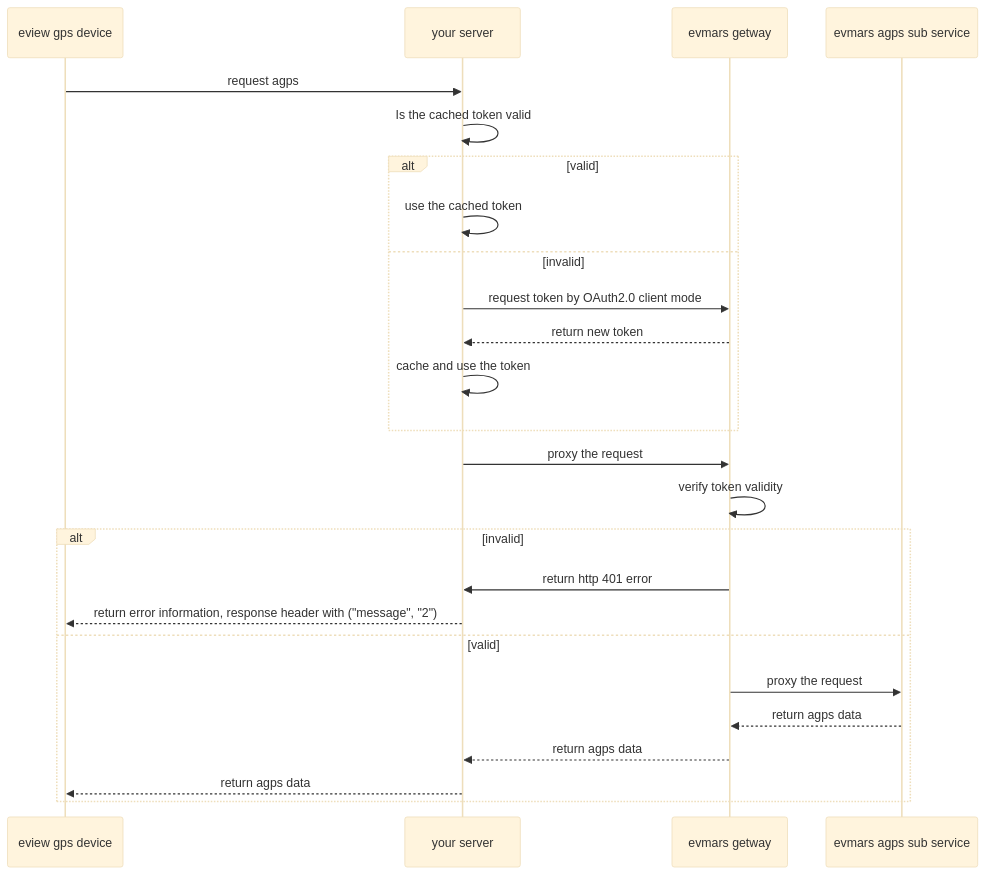
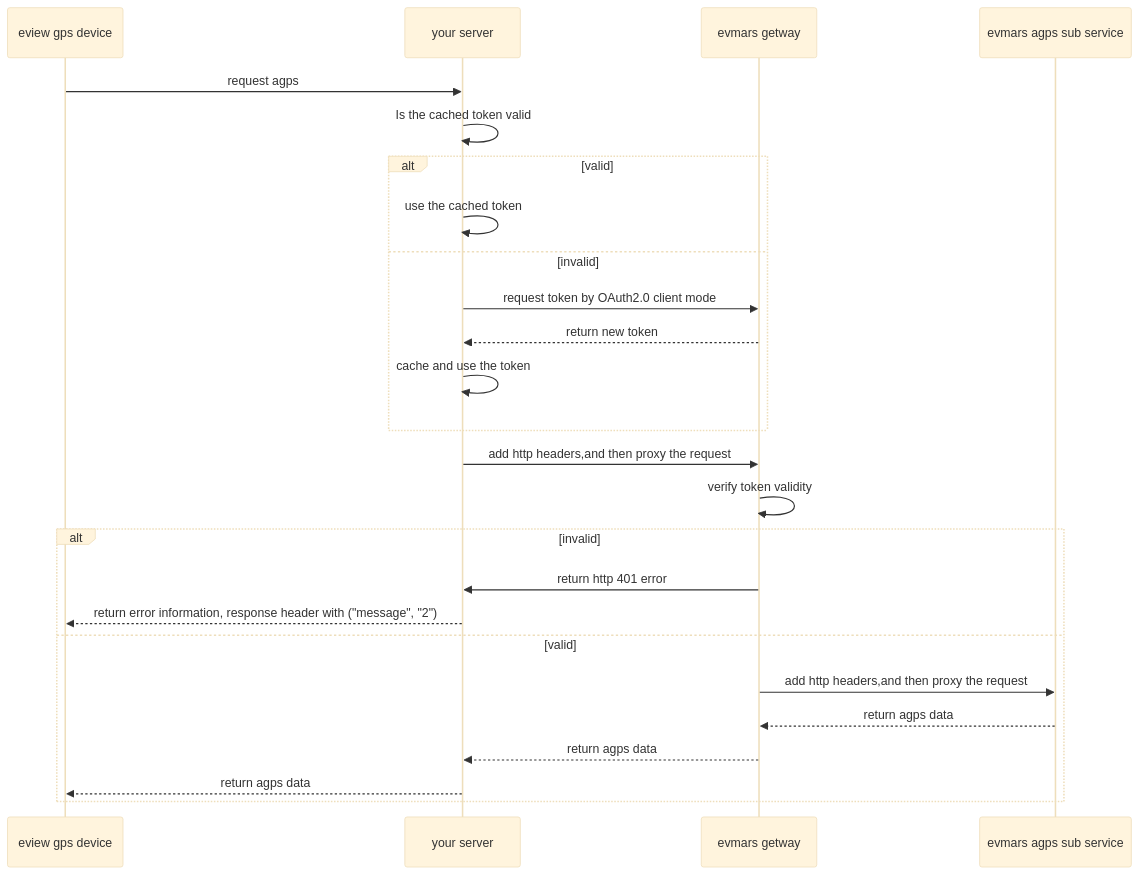
Before and after one commit to zeje/EviewCloudDoc: the diagram in src/evmars/biz/agps/README.md, drawn with Mermaid (base theme). The commit also changed other lines of this file and 2 other files, not shown here.

````diff
--- a/src/evmars/biz/agps/README.md
+++ b/src/evmars/biz/agps/README.md
@@ -6,32 +10,31 @@
 ```mermaid
 
 sequenceDiagram
 
 participant device as eview gps device
 participant customerServer as your server
 participant evmarBizServer as evmars getway
 participant agpsServer as evmars agps sub service
-
 
 device ->> customerServer: request agps
 customerServer ->> customerServer: Is the cached token valid
 alt valid
      customerServer ->> customerServer: use the cached token
 else invalid
      customerServer ->> evmarBizServer: request token by OAuth2.0 client mode
      evmarBizServer -->> customerServer: return new token
      customerServer ->> customerServer: cache and use the token
 end
-customerServer ->> evmarBizServer: proxy the request
+customerServer ->> evmarBizServer: add http headers,and then proxy the request
 evmarBizServer ->> evmarBizServer: verify token validity
 alt invalid
      evmarBizServer ->> customerServer: return http 401 error
      customerServer -->> device: return error information, response header with ("message", "2");
 else valid
-     evmarBizServer ->> agpsServer: proxy the request
+     evmarBizServer ->> agpsServer: add http headers,and then proxy the request
      agpsServer -->> evmarBizServer:  return agps data
      evmarBizServer -->> customerServer: return agps data
      customerServer -->> device: return agps data
 end
 
 ```
````
